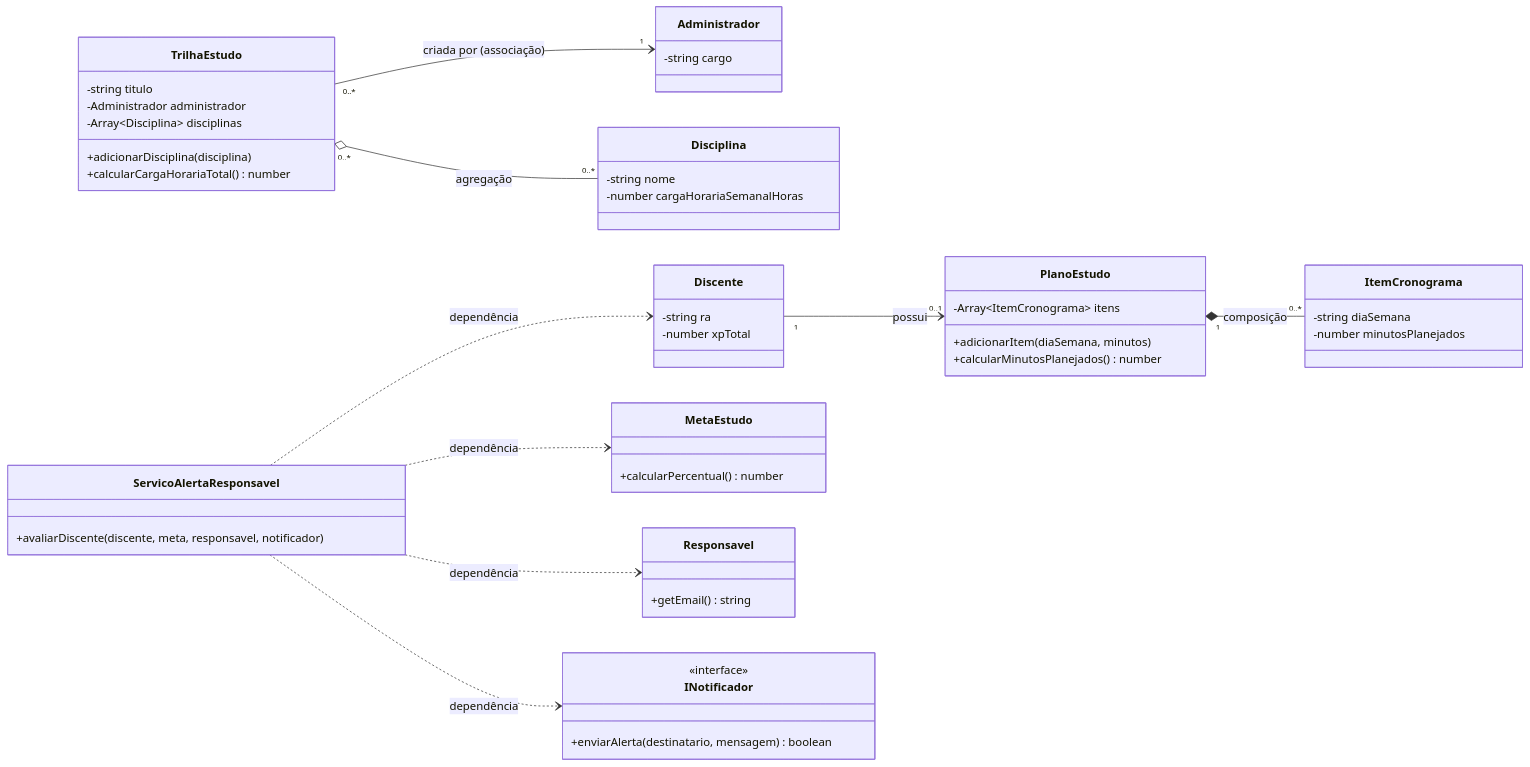
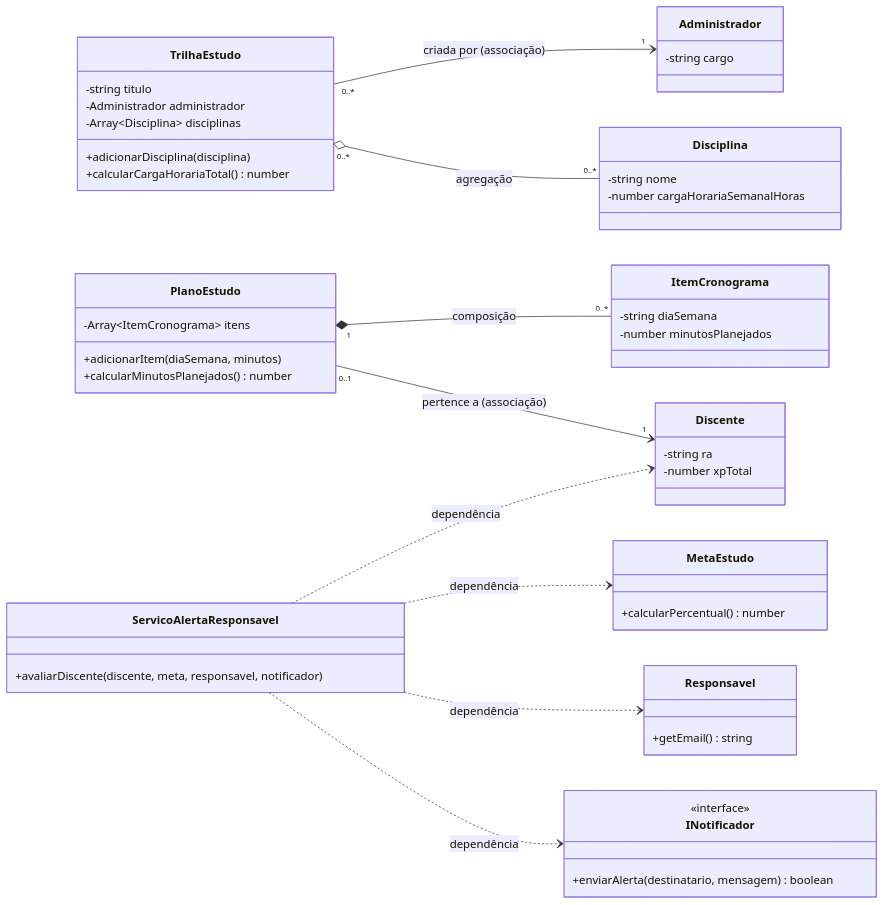
One commit to matheusggdev/FecapStudy changed the diagram in docs/diagramas/05-relacionamentos.mmd. Above: the diagram before and after it, drawn with Mermaid. The commit also changed 1 other file, not shown here.

Commit message:
docs: atualiza README e diagramas com a estrutura final

```diff
--- a/docs/diagramas/05-relacionamentos.mmd
+++ b/docs/diagramas/05-relacionamentos.mmd
@@ -1,61 +1,61 @@
 classDiagram
     direction LR
 
     class TrilhaEstudo {
         -string titulo
         -Administrador administrador
         -Array~Disciplina~ disciplinas
         +adicionarDisciplina(disciplina)
         +calcularCargaHorariaTotal() number
     }
 
     class Administrador {
         -string cargo
     }
 
     class Disciplina {
         -string nome
         -number cargaHorariaSemanalHoras
     }
 
     class PlanoEstudo {
         -Array~ItemCronograma~ itens
         +adicionarItem(diaSemana, minutos)
         +calcularMinutosPlanejados() number
     }
 
     class ItemCronograma {
         -string diaSemana
         -number minutosPlanejados
     }
 
     class Discente {
         -string ra
         -number xpTotal
     }
 
     class ServicoAlertaResponsavel {
         +avaliarDiscente(discente, meta, responsavel, notificador)
     }
 
     class MetaEstudo {
         +calcularPercentual() number
     }
 
     class Responsavel {
         +getEmail() string
     }
 
     class INotificador {
         <<interface>>
         +enviarAlerta(destinatario, mensagem) boolean
     }
 
     TrilhaEstudo "0..*" --> "1" Administrador : criada por (associação)
     TrilhaEstudo "0..*" o-- "0..*" Disciplina : agregação
     PlanoEstudo "1" *-- "0..*" ItemCronograma : composição
-    Discente "1" --> "0..1" PlanoEstudo : possui
+    PlanoEstudo "0..1" --> "1" Discente : pertence a (associação)
     ServicoAlertaResponsavel ..> Discente : dependência
     ServicoAlertaResponsavel ..> MetaEstudo : dependência
     ServicoAlertaResponsavel ..> Responsavel : dependência
     ServicoAlertaResponsavel ..> INotificador : dependência
```
